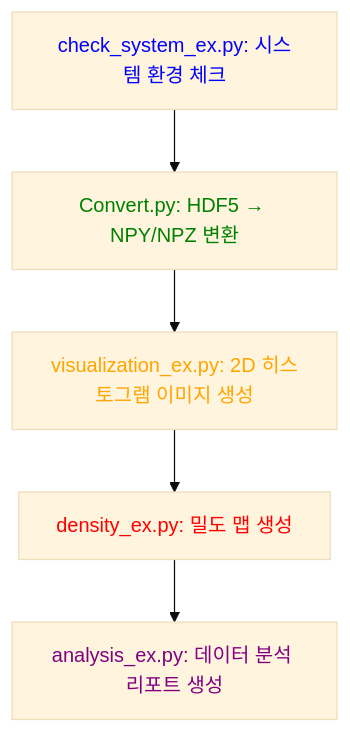
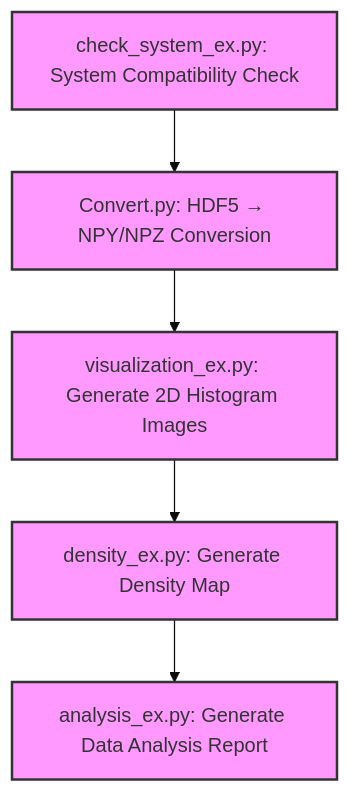
The diagram in README.md (mmingyeong/Structura), drawn with Mermaid (base theme) before and after one commit.

Commit message:
📝 Add Data Processing Workflow diagram using Mermaid.js to README

````diff
--- a/README.md
+++ b/README.md
@@ -56,7 +56,11 @@
 ```mermaid
 graph TD
-    A[<font color="blue">check_system_ex.py: 시스템 환경 체크</font>] --> B[<font color="green">Convert.py: HDF5 → NPY/NPZ 변환</font>]
-    B --> C[<font color="orange">visualization_ex.py: 2D 히스토그램 이미지 생성</font>]
-    C --> D[<font color="red">density_ex.py: 밀도 맵 생성</font>]
-    D --> E[<font color="purple">analysis_ex.py: 데이터 분석 리포트 생성</font>]
+    A[check_system_ex.py: System Compatibility Check] --> B[Convert.py: HDF5 → NPY/NPZ Conversion]
+    B --> C[visualization_ex.py: Generate 2D Histogram Images]
+    C --> D[density_ex.py: Generate Density Map]
+    D --> E[analysis_ex.py: Generate Data Analysis Report]
+    
+    %% Adjust the diagram size
+    classDef default fill:#f9f,stroke:#333,stroke-width:2px,font-family:Arial;
+    class A,B,C,D,E default;
 ```
````
